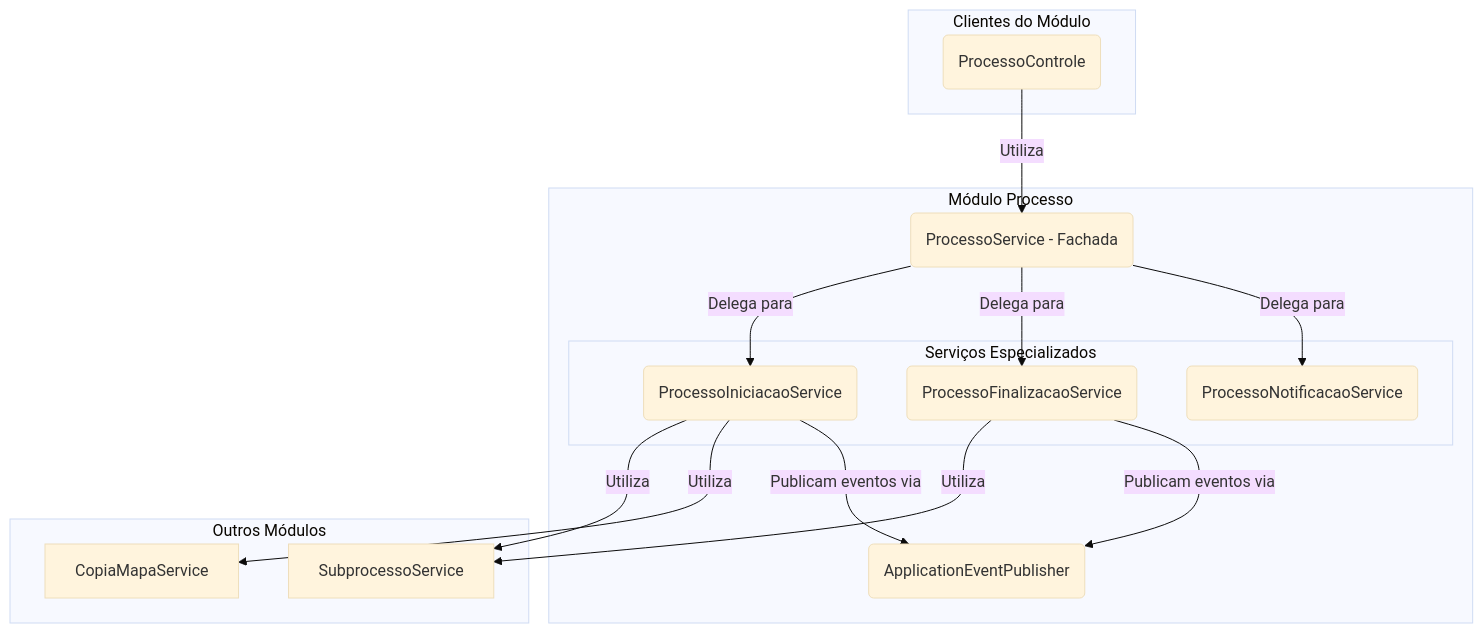
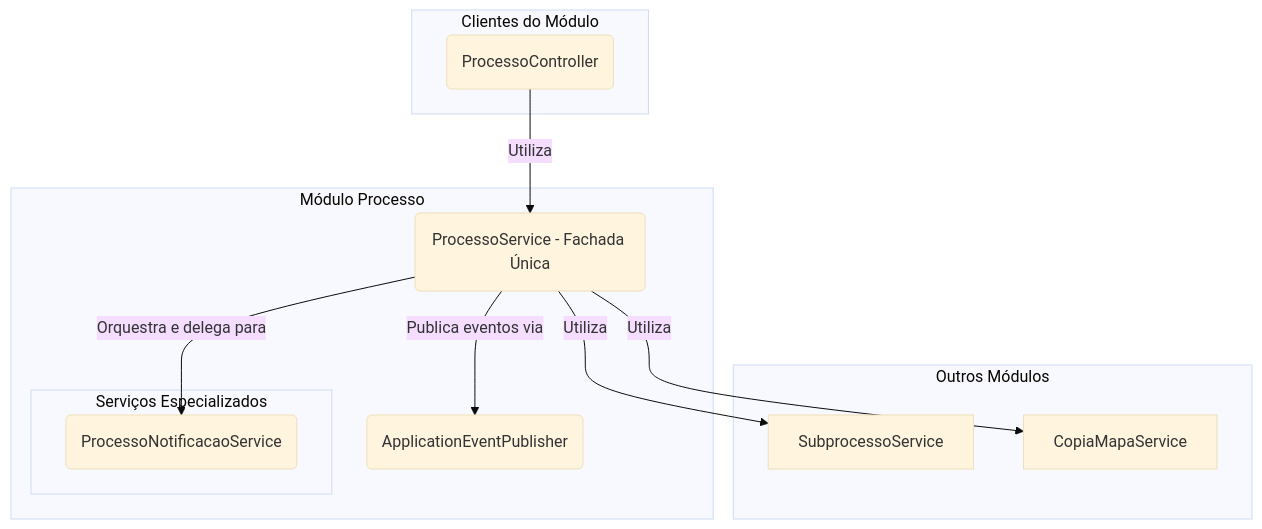
One commit to lgalvao/sgc changed the diagram in backend/src/main/java/sgc/processo/README.md. Above: the diagram before and after it, drawn with Mermaid (base theme). The commit also changed other lines of this file and 893 other files, not shown here.

````diff
--- a/backend/src/main/java/sgc/processo/README.md
+++ b/backend/src/main/java/sgc/processo/README.md
@@ -11,34 +12,27 @@
 ```mermaid
 graph TD
     subgraph "Clientes do Módulo"
-        Controle(ProcessoControle)
+        Controle(ProcessoController)
     end
 
     subgraph "Módulo Processo"
-        Facade(ProcessoService - Fachada)
+        Facade(ProcessoService - Fachada Única)
 
         subgraph "Serviços Especializados"
-            Iniciacao(ProcessoIniciacaoService)
-            Finalizacao(ProcessoFinalizacaoService)
             Notificacao(ProcessoNotificacaoService)
         end
 
         Eventos(ApplicationEventPublisher)
     end
 
     subgraph "Outros Módulos"
         SubprocessoService
         CopiaMapaService
     end
 
     Controle -- Utiliza --> Facade
 
-    Facade -- Delega para --> Iniciacao
-    Facade -- Delega para --> Finalizacao
-    Facade -- Delega para --> Notificacao
-
-    Iniciacao -- Utiliza --> SubprocessoService & CopiaMapaService
-    Finalizacao -- Utiliza --> SubprocessoService
-
-    Iniciacao & Finalizacao -- Publicam eventos via --> Eventos
+    Facade -- Orquestra e delega para --> Notificacao
+    Facade -- Utiliza --> SubprocessoService & CopiaMapaService
+    Facade -- Publica eventos via --> Eventos
 ```
````
